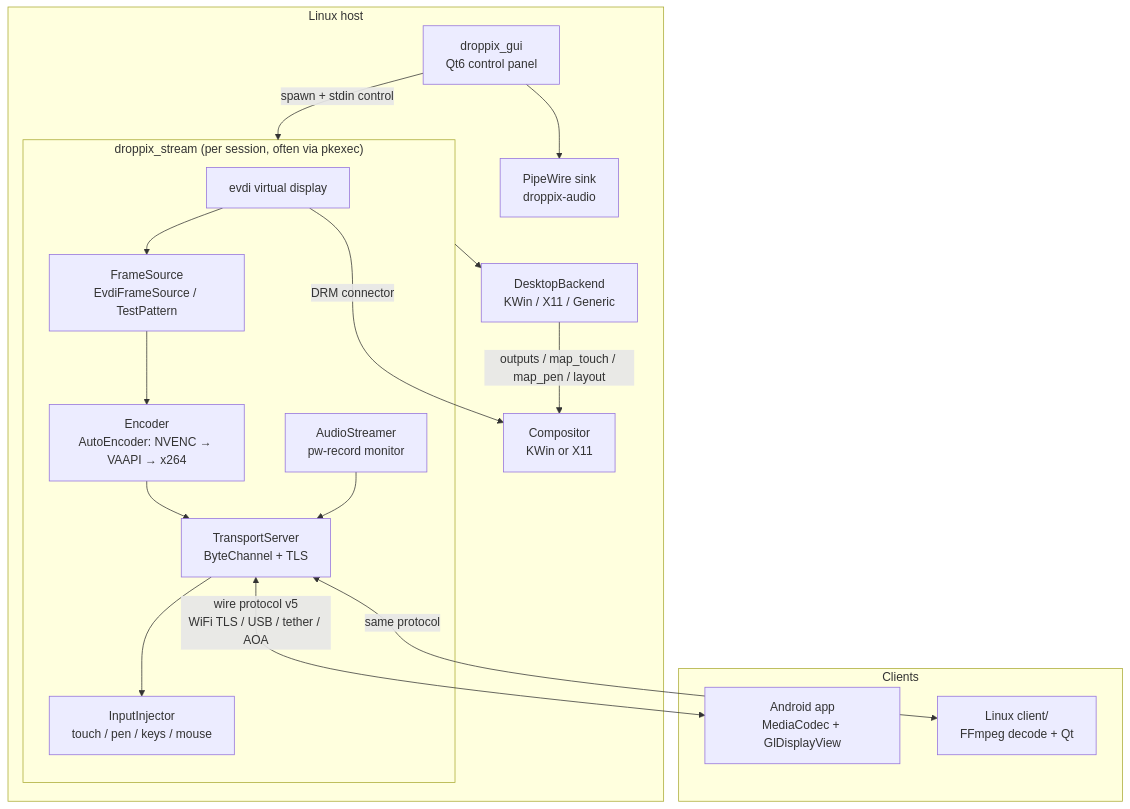
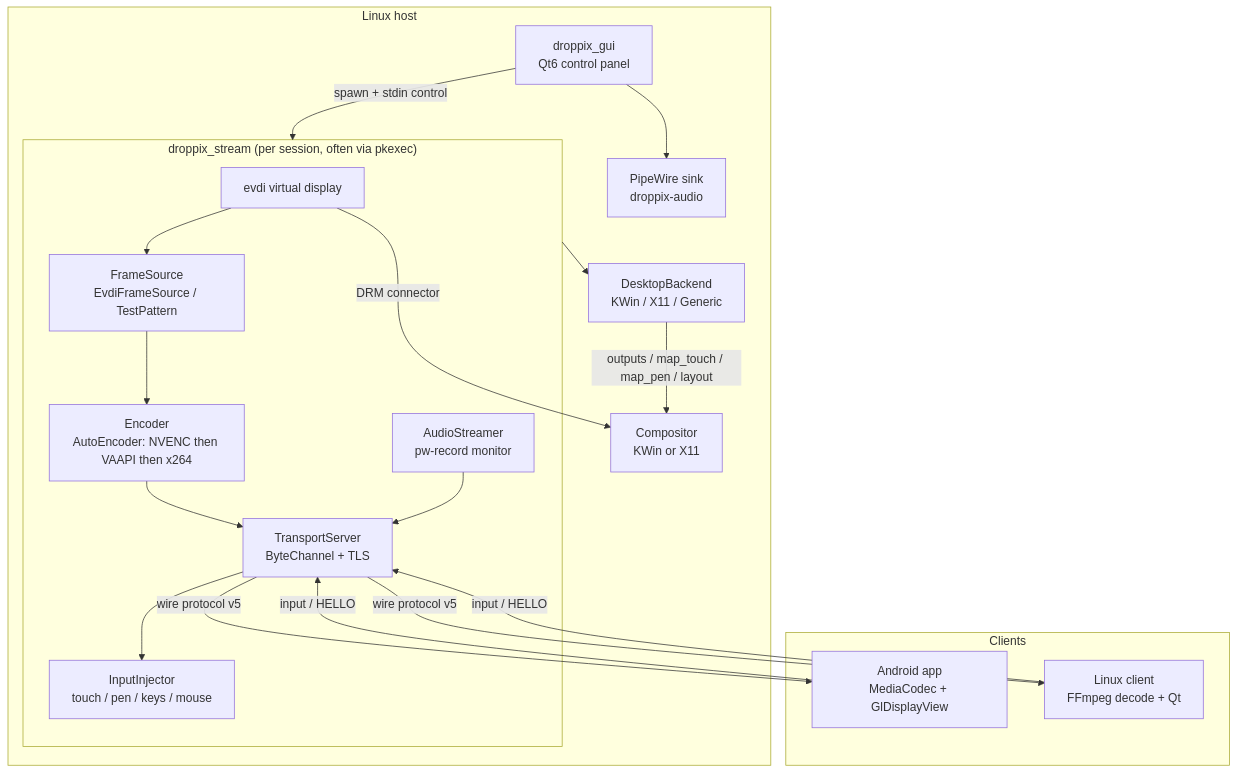
One commit to davidcarma/droppix changed the first of 10 diagrams in docs/ARCHITECTURE.md. Above: the diagram before and after it, drawn with Mermaid. The commit also changed other lines of this file, not shown here.

First line of the commit message:
docs: fix Mermaid diagrams for GitHub rendering

````diff
--- a/docs/ARCHITECTURE.md
+++ b/docs/ARCHITECTURE.md
@@ -11,36 +11,38 @@
 ```mermaid
 graph TB
     subgraph Host["Linux host"]
         GUI["droppix_gui<br/>Qt6 control panel"]
         PW["PipeWire sink<br/>droppix-audio"]
         DB["DesktopBackend<br/>KWin / X11 / Generic"]
 
         subgraph Streamer["droppix_stream (per session, often via pkexec)"]
             EVDI["evdi virtual display"]
             CAP["FrameSource<br/>EvdiFrameSource / TestPattern"]
-            ENC["Encoder<br/>AutoEncoder: NVENC → VAAPI → x264"]
+            ENC["Encoder<br/>AutoEncoder: NVENC then VAAPI then x264"]
             TX["TransportServer<br/>ByteChannel + TLS"]
             INJ["InputInjector<br/>touch / pen / keys / mouse"]
             AUD["AudioStreamer<br/>pw-record monitor"]
         end
 
         GUI -->|"spawn + stdin control"| Streamer
         GUI --> PW
         EVDI --> CAP
         CAP --> ENC
         ENC --> TX
         AUD --> TX
         TX --> INJ
         Streamer --> DB
         DB -->|"outputs / map_touch / map_pen / layout"| COMP["Compositor<br/>KWin or X11"]
         EVDI -->|"DRM connector"| COMP
     end
 
     subgraph Clients["Clients"]
         AND["Android app<br/>MediaCodec + GlDisplayView"]
-        LNX["Linux client/<br/>FFmpeg decode + Qt"]
+        LNX["Linux client<br/>FFmpeg decode + Qt"]
     end
 
-    TX <-->|"wire protocol v5<br/>WiFi TLS / USB / tether / AOA"| AND
-    TX <-->|"same protocol"| LNX
+    TX -->|"wire protocol v5"| AND
+    AND -->|"input / HELLO"| TX
+    TX -->|"wire protocol v5"| LNX
+    LNX -->|"input / HELLO"| TX
 ```
````
